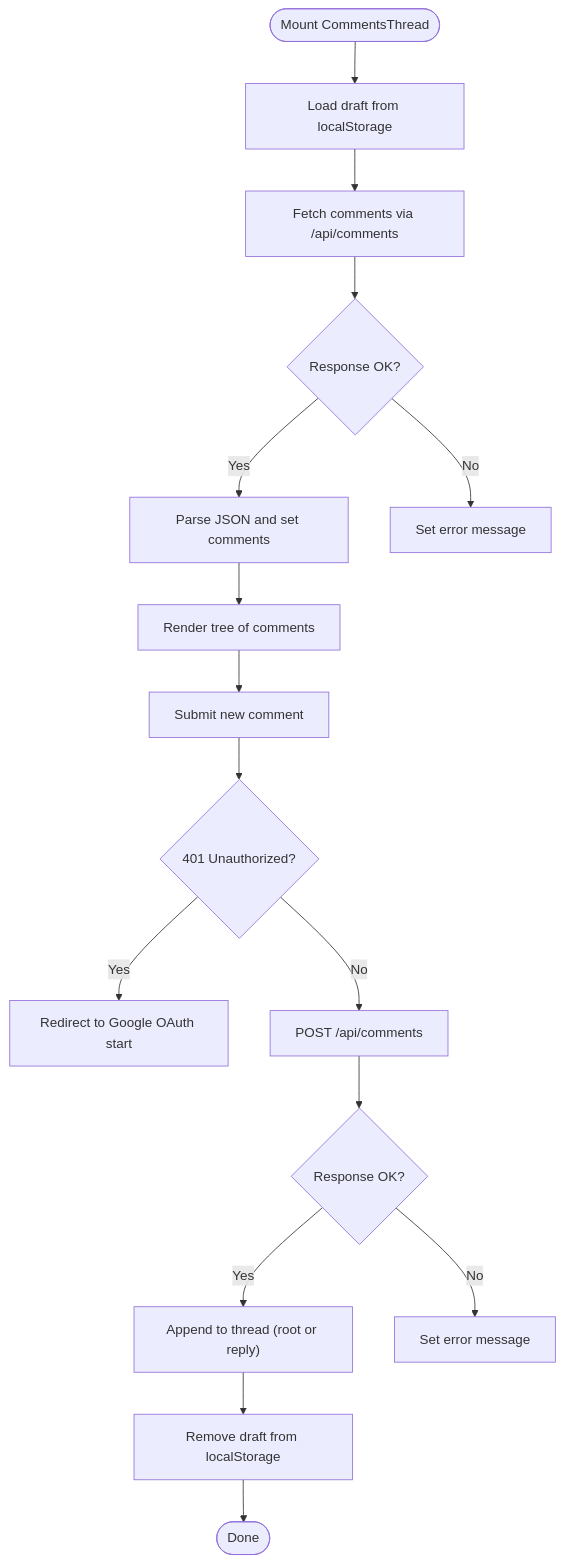
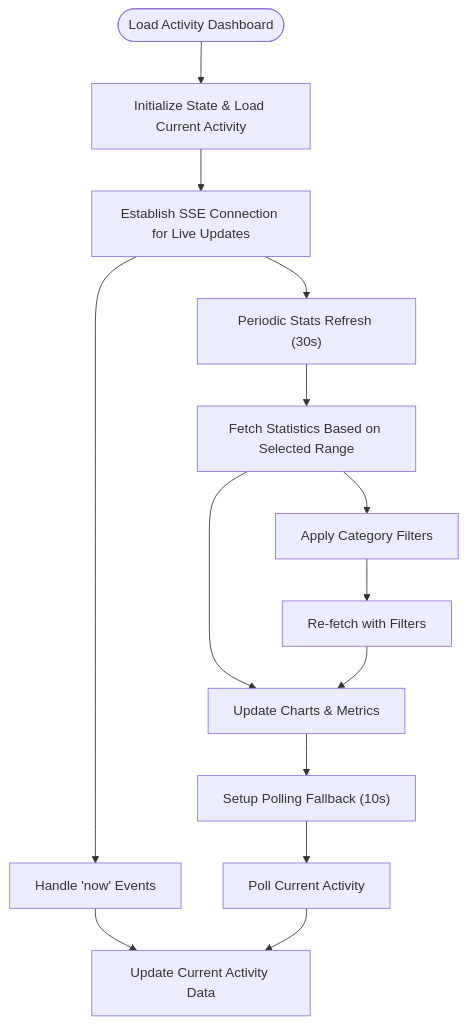
One commit to WizardJIOCb/rodion.pro changed the fourth of 8 diagrams in .qoder/repowiki/en/content/Development Guidelines.md. Above: the diagram before and after it, drawn with Mermaid. The commit also changed other lines of this file and 32 other files, not shown here.

````diff
--- a/.qoder/repowiki/en/content/Development Guidelines.md
+++ b/.qoder/repowiki/en/content/Development Guidelines.md
@@ -241,18 +274,16 @@
 ```mermaid
 flowchart TD
-Init(["Mount CommentsThread"]) --> LoadDraft["Load draft from localStorage"]
-LoadDraft --> Fetch["Fetch comments via /api/comments"]
-Fetch --> Ok{"Response OK?"}
-Ok --> |Yes| Parse["Parse JSON and set comments"]
-Ok --> |No| HandleErr["Set error message"]
-Parse --> Render["Render tree of comments"]
-Render --> Submit["Submit new comment"]
-Submit --> AuthCheck{"401 Unauthorized?"}
-AuthCheck --> |Yes| RedirectAuth["Redirect to Google OAuth start"]
-AuthCheck --> |No| Post["POST /api/comments"]
-Post --> PostOk{"Response OK?"}
-PostOk --> |Yes| Append["Append to thread (root or reply)"]
-PostOk --> |No| PostErr["Set error message"]
-Append --> ClearDraft["Remove draft from localStorage"]
-ClearDraft --> Done(["Done"])
+Start(["Load Activity Dashboard"]) --> Init["Initialize State & Load Current Activity"]
+Init --> SSE["Establish SSE Connection for Live Updates"]
+SSE --> NowUpdate["Handle 'now' Events"]
+NowUpdate --> UpdateNow["Update Current Activity Data"]
+SSE --> StatsRefresh["Periodic Stats Refresh (30s)"]
+StatsRefresh --> FetchStats["Fetch Statistics Based on Selected Range"]
+FetchStats --> UpdateStats["Update Charts & Metrics"]
+FetchStats --> CategoryFilter["Apply Category Filters"]
+CategoryFilter --> RefreshStats["Re-fetch with Filters"]
+RefreshStats --> UpdateStats
+UpdateStats --> Timer["Setup Polling Fallback (10s)"]
+Timer --> PollNow["Poll Current Activity"]
+PollNow --> UpdateNow
 ```
````
